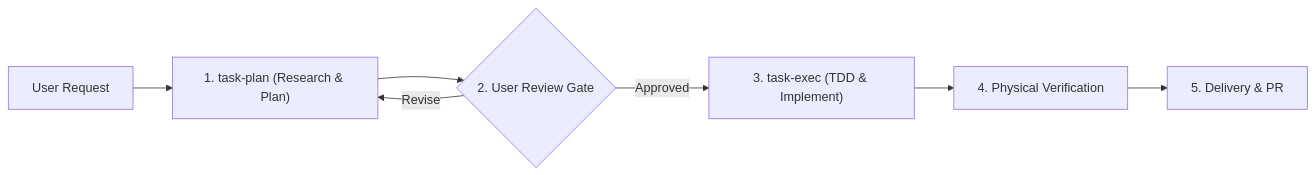
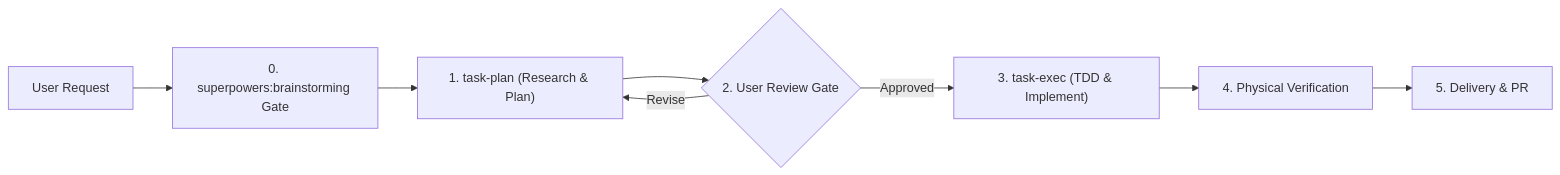
The diagram in skills/task-flow/pipeline.md (es6kr/skills), drawn with Mermaid before and after one commit. The commit also changed other lines of this file and 1 other file, not shown here.

First line of the commit message:
fix(task-flow): add prerequisite brainstorming gate and request classification (#515)

````diff
--- a/skills/task-flow/pipeline.md
+++ b/skills/task-flow/pipeline.md
@@ -7,9 +7,10 @@
 ```mermaid
 flowchart LR
-    Start["User Request"] --> Plan["1. task-plan (Research & Plan)"]
+    Start["User Request"] --> Brainstorm["0. superpowers:brainstorming Gate"]
+    Brainstorm --> Plan["1. task-plan (Research & Plan)"]
     Plan --> ReviewGate{"2. User Review Gate"}
     ReviewGate -->|"Approved"| Exec["3. task-exec (TDD & Implement)"]
     ReviewGate -->|"Revise"| Plan
     Exec --> Verify["4. Physical Verification"]
     Verify --> Delivery["5. Delivery & PR"]
 ```
````
